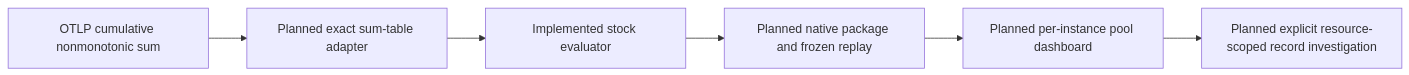
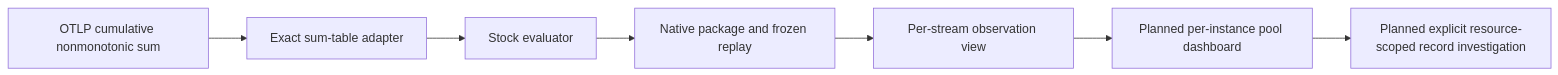
The diagram in docs/CUMULATIVE_STOCKS.md (casselc/goo), drawn with Mermaid before and after one commit. The commit also changed other lines of this file and 24 other files, not shown here.

Commit message:
feat: integrate cumulative stocks with native measurements and replay

````diff
--- a/docs/CUMULATIVE_STOCKS.md
+++ b/docs/CUMULATIVE_STOCKS.md
@@ -32,8 +34,9 @@
 ```mermaid
 flowchart LR
-  A[OTLP cumulative nonmonotonic sum] --> B[Planned exact sum-table adapter]
-  B --> C[Implemented stock evaluator]
-  C --> D[Planned native package and frozen replay]
-  D --> E[Planned per-instance pool dashboard]
+  A[OTLP cumulative nonmonotonic sum] --> B[Exact sum-table adapter]
+  B --> C[Stock evaluator]
+  C --> D[Native package and frozen replay]
+  D --> V[Per-stream observation view]
+  V --> E[Planned per-instance pool dashboard]
   E --> F[Planned explicit resource-scoped record investigation]
 ```
````
